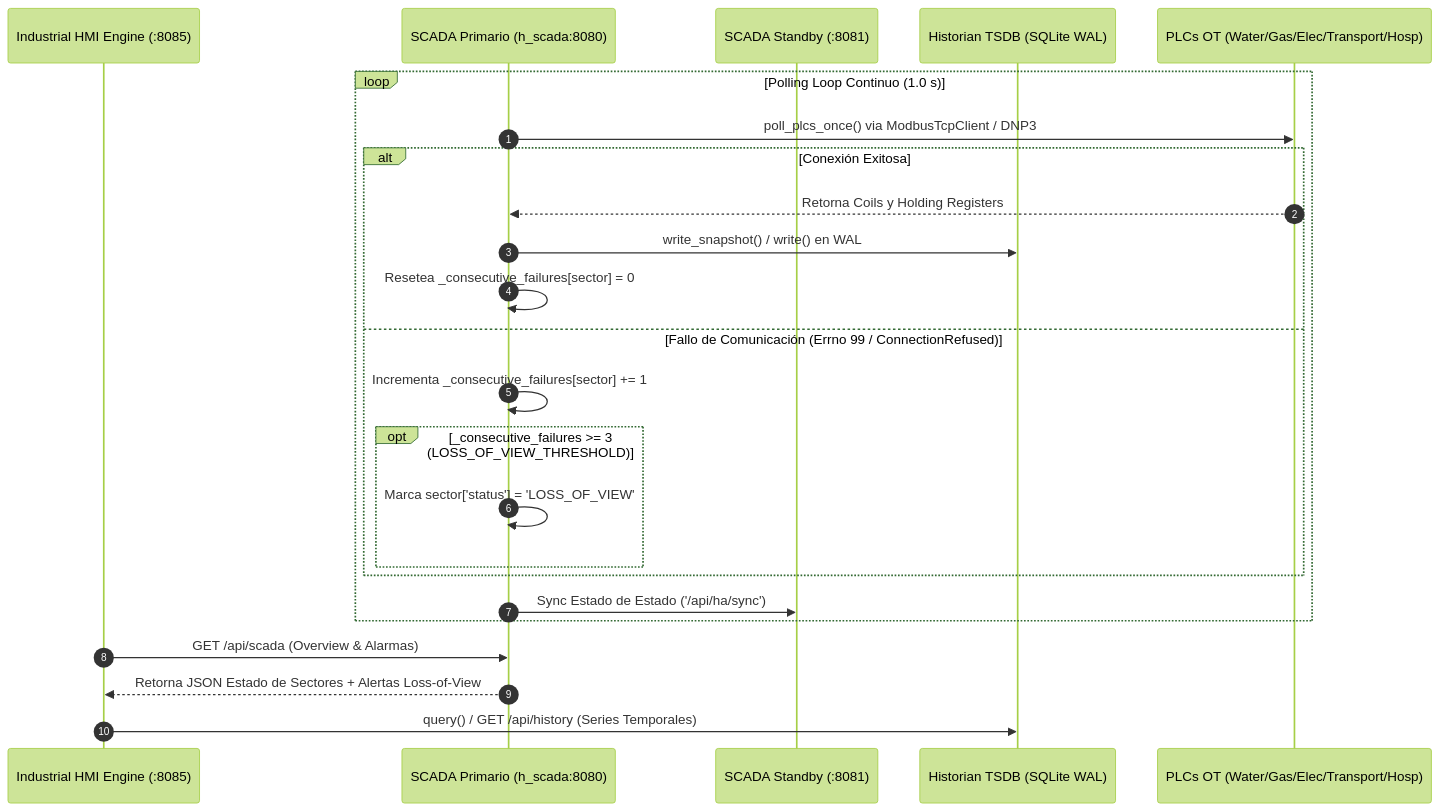
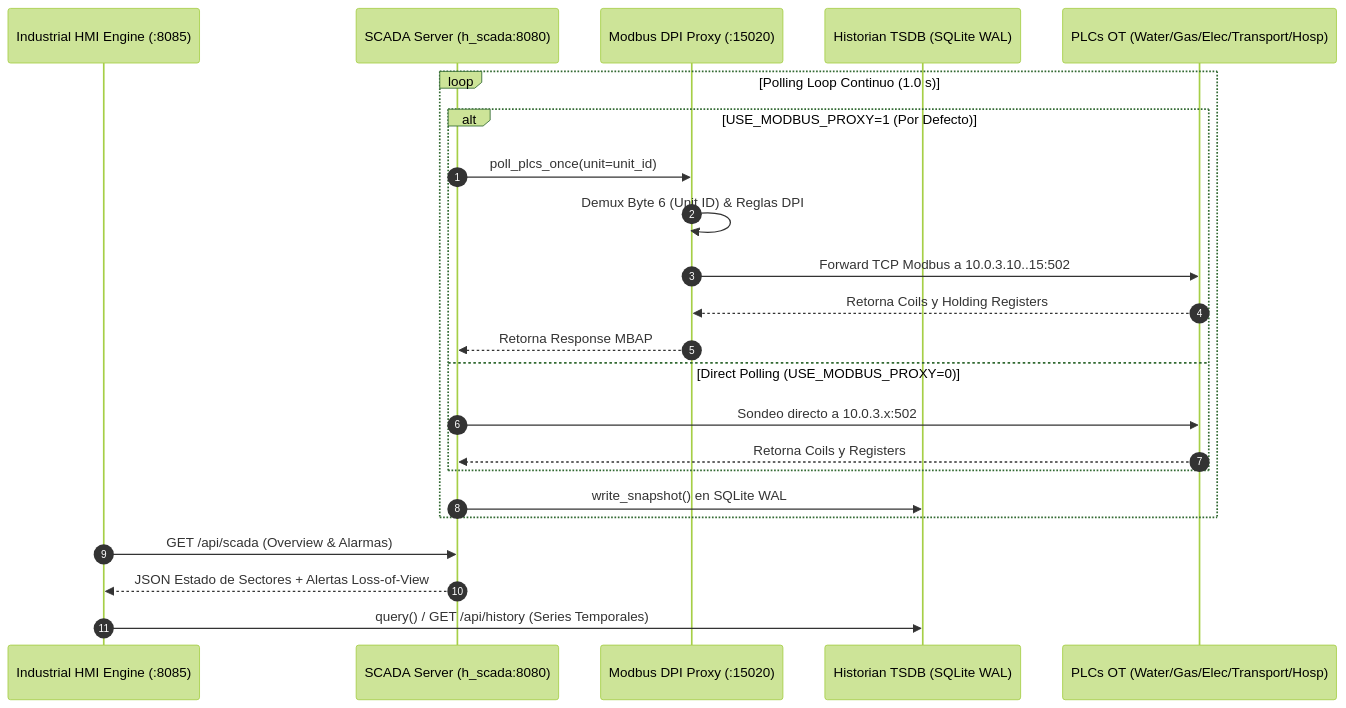
The diagram in docs/federates/07_scada_hmi_infrastructure.md (kripiman/CityLab), drawn with Mermaid (forest theme) before and after one commit. The commit also changed other lines of this file and 9 other files, not shown here.

Commit message:
docs(architecture): synchronize comprehensive system architecture, operations runbook, and scenarios with implementation

````diff
--- a/docs/federates/07_scada_hmi_infrastructure.md
+++ b/docs/federates/07_scada_hmi_infrastructure.md
@@ -14,28 +18,27 @@
 ```mermaid
 sequenceDiagram
     autonumber
     participant HMI as Industrial HMI Engine (:8085)
-    participant SCADA_PRI as SCADA Primario (h_scada:8080)
-    participant SCADA_STBY as SCADA Standby (:8081)
+    participant SCADA as SCADA Server (h_scada:8080)
+    participant PROXY as Modbus DPI Proxy (:15020)
     participant HIST as Historian TSDB (SQLite WAL)
     participant PLC as PLCs OT (Water/Gas/Elec/Transport/Hosp)
 
     loop Polling Loop Continuo (1.0 s)
-        SCADA_PRI->>PLC: poll_plcs_once() via ModbusTcpClient / DNP3
-        alt Conexión Exitosa
-            PLC-->>SCADA_PRI: Retorna Coils y Holding Registers
-            SCADA_PRI->>HIST: write_snapshot() / write() en WAL
-            SCADA_PRI->>SCADA_PRI: Resetea _consecutive_failures[sector] = 0
-        else Fallo de Comunicación (Errno 99 / ConnectionRefused)
-            SCADA_PRI->>SCADA_PRI: Incrementa _consecutive_failures[sector] += 1
-            opt _consecutive_failures >= 3 (LOSS_OF_VIEW_THRESHOLD)
-                SCADA_PRI->>SCADA_PRI: Marca sector['status'] = 'LOSS_OF_VIEW'
-            end
+        alt USE_MODBUS_PROXY=1 (Por Defecto)
+            SCADA->>PROXY: poll_plcs_once(unit=unit_id)
+            PROXY->>PROXY: Demux Byte 6 (Unit ID) & Reglas DPI
+            PROXY->>PLC: Forward TCP Modbus a 10.0.3.10..15:502
+            PLC-->>PROXY: Retorna Coils y Holding Registers
+            PROXY-->>SCADA: Retorna Response MBAP
+        else Direct Polling (USE_MODBUS_PROXY=0)
+            SCADA->>PLC: Sondeo directo a 10.0.3.x:502
+            PLC-->>SCADA: Retorna Coils y Registers
         end
-        SCADA_PRI->>SCADA_STBY: Sync Estado de Estado ('/api/ha/sync')
+        SCADA->>HIST: write_snapshot() en SQLite WAL
     end
 
-    HMI->>SCADA_PRI: GET /api/scada (Overview & Alarmas)
-    SCADA_PRI-->>HMI: Retorna JSON Estado de Sectores + Alertas Loss-of-View
+    HMI->>SCADA: GET /api/scada (Overview & Alarmas)
+    SCADA-->>HMI: JSON Estado de Sectores + Alertas Loss-of-View
     HMI->>HIST: query() / GET /api/history (Series Temporales)
 ```
````
